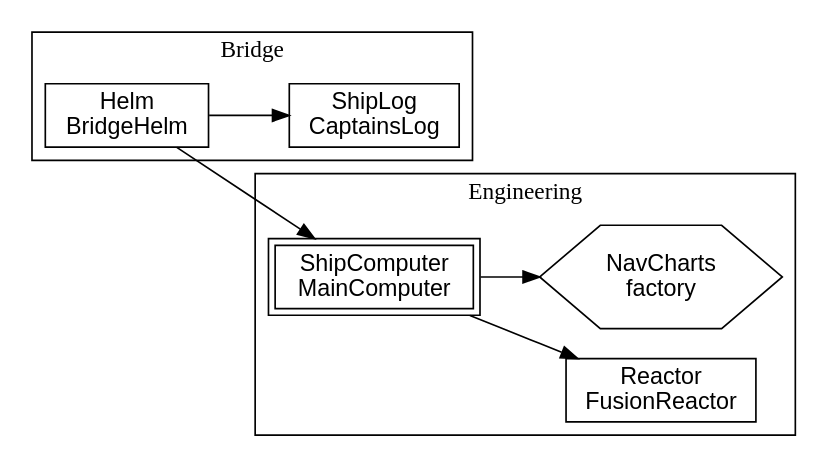
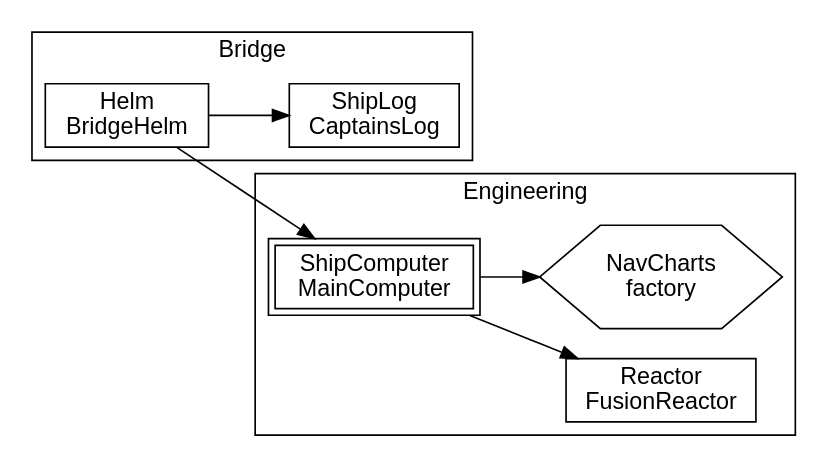
The diagram in libs/devtools/assets/graph.dot (NexusDI/core), drawn with Graphviz before and after one commit. The commit also changed 3 other files, not shown here.

```diff
--- a/libs/devtools/assets/graph.dot
+++ b/libs/devtools/assets/graph.dot
@@ -1,20 +1,21 @@
 digraph nexus {
   rankdir=LR;
+  graph [fontname="Helvetica"];
   node [fontname="Helvetica"];
   edge [fontname="Helvetica"];
   subgraph "cluster_m0" {
     label="Bridge";
     "p0" [label="ShipLog\nCaptainsLog", shape=box];
     "p1" [label="Helm\nBridgeHelm", shape=box];
   }
   subgraph "cluster_m1" {
     label="Engineering";
     "p2" [label="Reactor\nFusionReactor", shape=box];
     "p3" [label="NavCharts\nfactory", shape=hexagon];
     "p4" [label="ShipComputer\nMainComputer", shape=box, peripheries=2];
   }
   "p1" -> "p4";
   "p1" -> "p0";
   "p4" -> "p2";
   "p4" -> "p3";
 }
```
